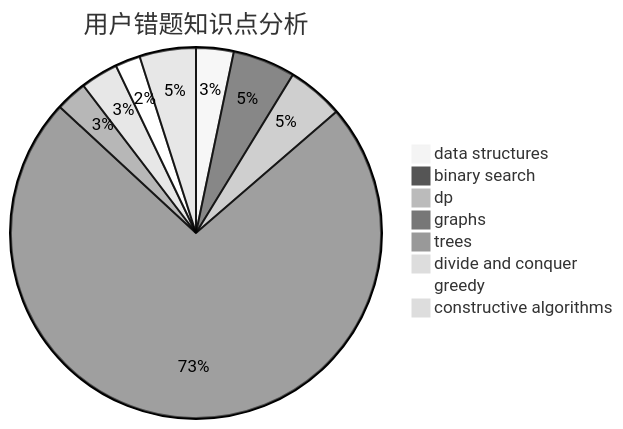
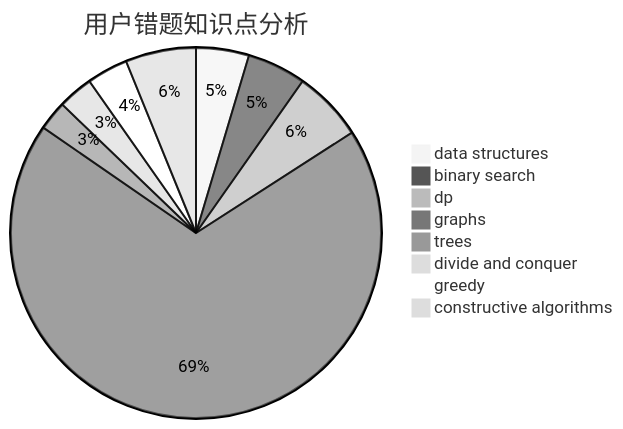
Before and after one commit to sherpahu/cfrs.github.io: the third of 3 diagrams in docs/user/u1080.md, drawn with Mermaid (neutral theme). The commit also changed other lines of this file and 2770 other files, not shown here.

````diff
--- a/docs/user/u1080.md
+++ b/docs/user/u1080.md
@@ -36,11 +36,11 @@
 ```mermaid
 pie title 用户错题知识点分析
-    "data structures" :  6
+    "data structures" :  9
     "binary search" :  10
-    "dp" :  9
+    "dp" :  12
     "graphs" :  134
     "trees" :  5
     "divide and conquer" :  6
-    "greedy" :  4
-    "constructive algorithms" :  9
+    "greedy" :  7
+    "constructive algorithms" :  12
 ```
````
